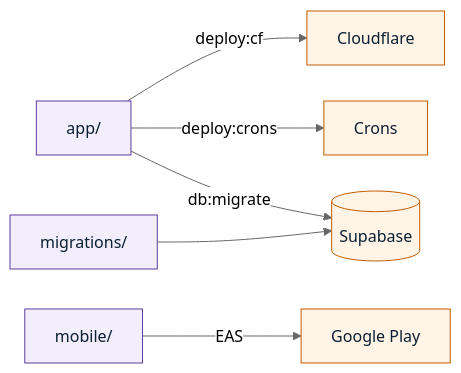
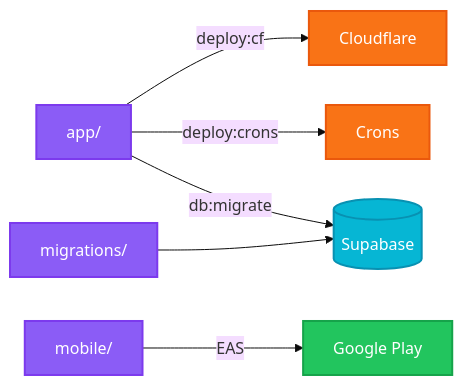
Before and after one commit to KairoHenrique/CEFET-Academic-Planner: the fourth of 5 diagrams in README.md, drawn with Mermaid. The commit also changed other lines of this file, not shown here.

Commit message:
docs: corrige tabela do README e Mermaid com cores vivas

````diff
--- a/README.md
+++ b/README.md
@@ -213,14 +216,18 @@
 ```mermaid
-%%{init: {"theme": "neutral", "flowchart": {"curve": "basis", "nodeSpacing": 36, "rankSpacing": 48}}}%%
+%%{init: {"theme": "base", "flowchart": {"curve": "basis", "nodeSpacing": 40, "rankSpacing": 50}}}%%
 flowchart LR
   APP[app/] -->|deploy:cf| CF[Cloudflare]
   APP -->|deploy:crons| CRON[Crons]
   APP -->|db:migrate| DB[(Supabase)]
   MOB[mobile/] -->|EAS| PLAY[Google Play]
   SQL[migrations/] --> DB
 
-  classDef src fill:#f3eefc,stroke:#5b3d9e,color:#0b1f33
-  classDef dest fill:#fff4e5,stroke:#c45c00,color:#0b1f33
+  classDef src fill:#8B5CF6,stroke:#7C3AED,color:#FFFFFF,stroke-width:2px
+  classDef dest fill:#F97316,stroke:#EA580C,color:#FFFFFF,stroke-width:2px
+  classDef store fill:#22C55E,stroke:#16A34A,color:#FFFFFF,stroke-width:2px
+  classDef db fill:#06B6D4,stroke:#0891B2,color:#FFFFFF,stroke-width:2px
   class APP,MOB,SQL src
-  class CF,CRON,PLAY,DB dest
+  class CF,CRON dest
+  class PLAY store
+  class DB db
 ```
````
